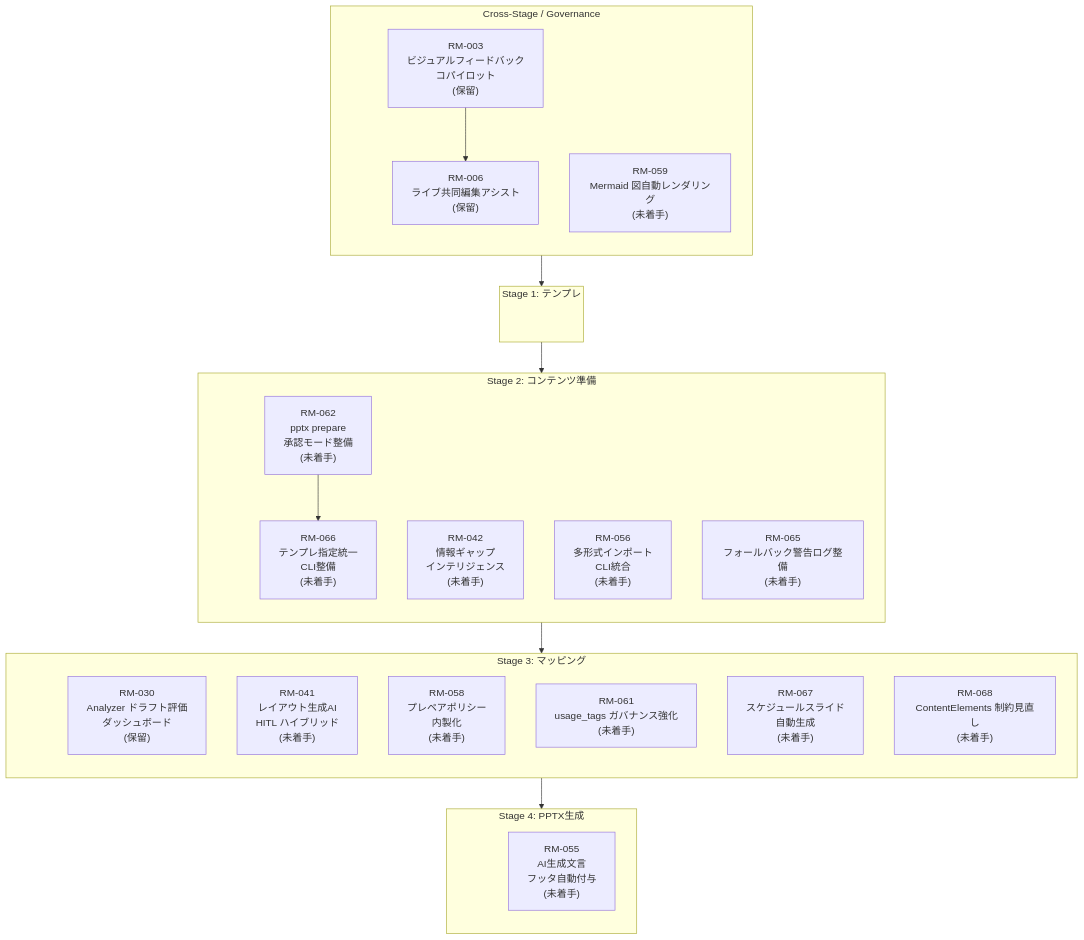
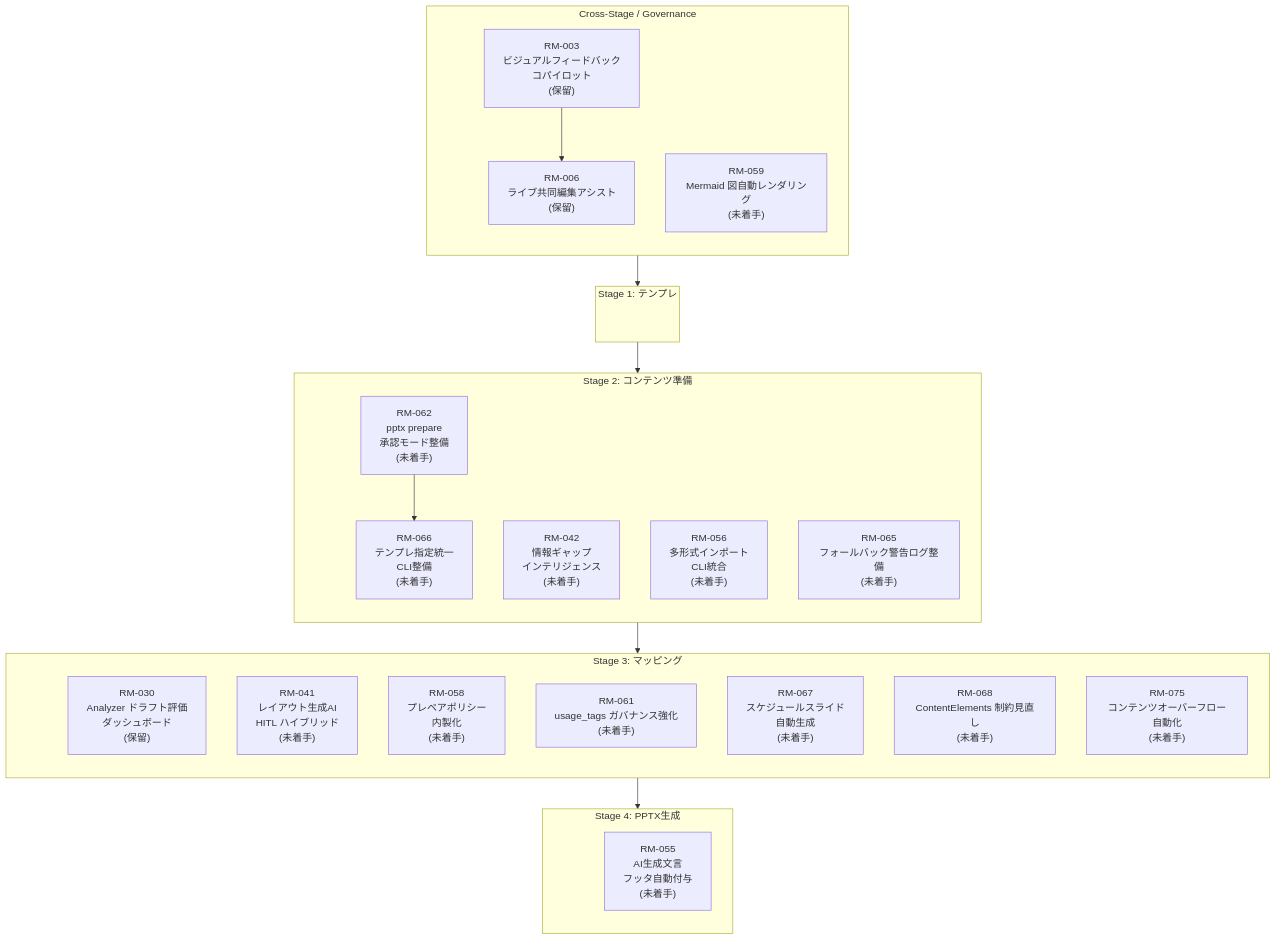
One commit to yurake/pptx_generator changed the diagram in docs/roadmap/roadmap.md. Above: the diagram before and after it, drawn with Mermaid. The commit also changed other lines of this file and 22 other files, not shown here.

````diff
--- a/docs/roadmap/roadmap.md
+++ b/docs/roadmap/roadmap.md
@@ -25,53 +25,54 @@
 ```mermaid
 flowchart TB
     subgraph GOV["Cross-Stage / Governance"]
         direction TB
         GOV_ANCHOR(( ))
         RM003["RM-003<br/>ビジュアルフィードバック<br/>コパイロット<br/>(保留)"]
         RM006["RM-006<br/>ライブ共同編集アシスト<br/>(保留)"]
         RM059["RM-059<br/>Mermaid 図自動レンダリング<br/>(未着手)"]
     end
 
     subgraph ST1["Stage 1: テンプレ"]
         direction TB
         ST1_ANCHOR(( ))
     end
 
     subgraph ST2["Stage 2: コンテンツ準備"]
         direction TB
         ST2_ANCHOR(( ))
         RM042["RM-042<br/>情報ギャップ<br/>インテリジェンス<br/>(未着手)"]
         RM056["RM-056<br/>多形式インポート<br/>CLI統合<br/>(未着手)"]
         RM062["RM-062<br/>pptx prepare<br/>承認モード整備<br/>(未着手)"]
         RM065["RM-065<br/>フォールバック警告ログ整備<br/>(未着手)"]
         RM066["RM-066<br/>テンプレ指定統一<br/>CLI整備<br/>(未着手)"]
     end
 
     subgraph ST3["Stage 3: マッピング"]
         direction TB
         ST3_ANCHOR(( ))
         RM030["RM-030<br/>Analyzer ドラフト評価<br/>ダッシュボード<br/>(保留)"]
         RM041["RM-041<br/>レイアウト生成AI<br/>HITL ハイブリッド<br/>(未着手)"]
         RM058["RM-058<br/>プレペアポリシー<br/>内製化<br/>(未着手)"]
         RM061["RM-061<br/>usage_tags ガバナンス強化<br/>(未着手)"]
         RM067["RM-067<br/>スケジュールスライド<br/>自動生成<br/>(未着手)"]
         RM068["RM-068<br/>ContentElements 制約見直し<br/>(未着手)"]
+        RM075["RM-075<br/>コンテンツオーバーフロー自動化<br/>(未着手)"]
     end
 
     subgraph ST4["Stage 4: PPTX生成"]
         direction TB
         ST4_ANCHOR(( ))
         RM055["RM-055<br/>AI生成文言<br/>フッタ自動付与<br/>(未着手)"]
     end
 
     style GOV_ANCHOR fill:transparent,stroke:transparent
     style ST1_ANCHOR fill:transparent,stroke:transparent
     style ST2_ANCHOR fill:transparent,stroke:transparent
     style ST3_ANCHOR fill:transparent,stroke:transparent
     style ST4_ANCHOR fill:transparent,stroke:transparent
 
     GOV_ANCHOR --> ST1_ANCHOR --> ST2_ANCHOR --> ST3_ANCHOR --> ST4_ANCHOR
 
     RM003 --> RM006
     RM062 --> RM066
 ```
````
